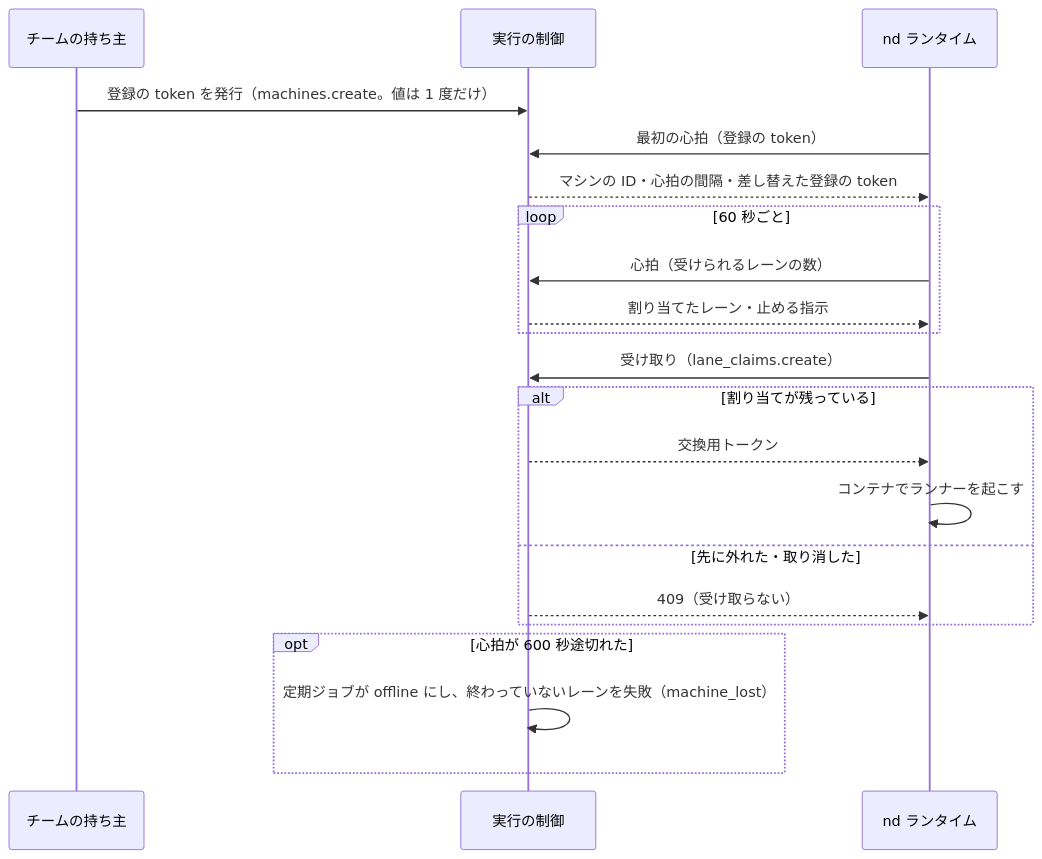
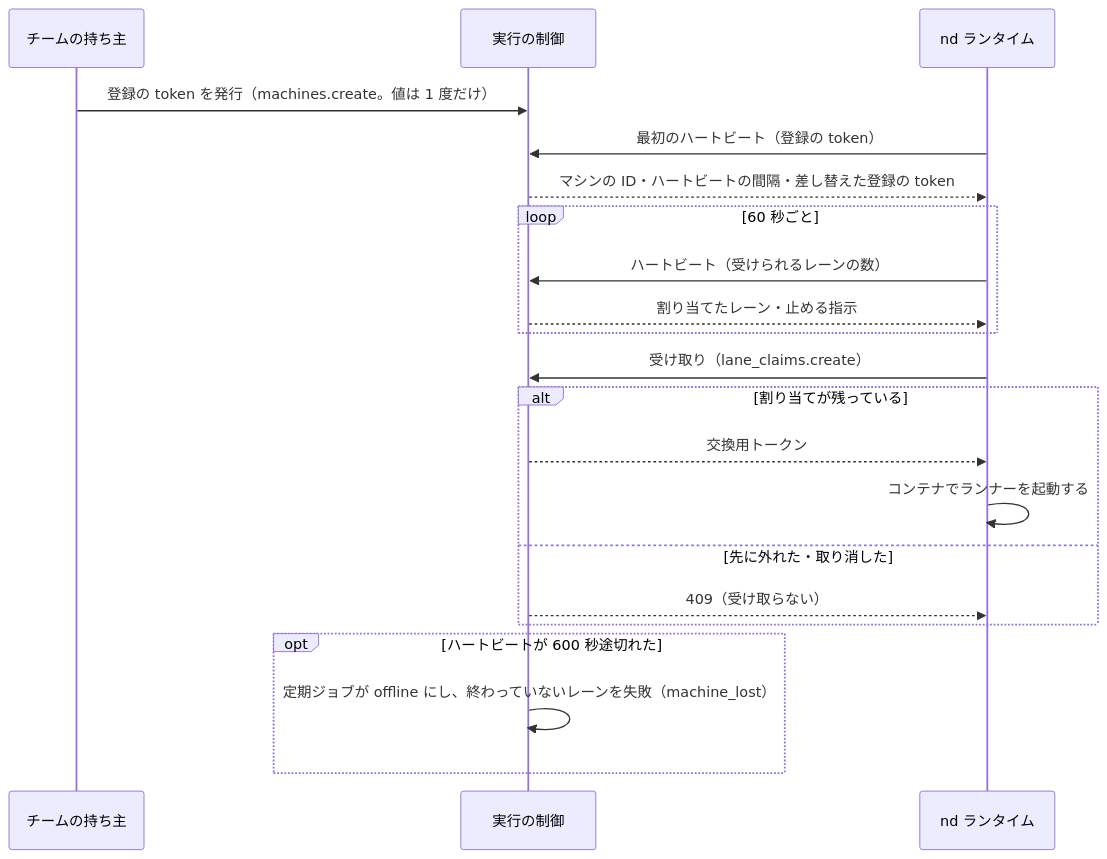
Before and after one commit to devbasex/nd-factory: the sixth of 10 diagrams in docs/design/execution.md, drawn with Mermaid. The commit also changed other lines of this file and 16 other files, not shown here.

First line of the commit message:
Docs: 設計書を通読し、エンジニアが使わない造語・直訳（道具・地図・頭書き・失敗のアイテムなど）を書き換える（利用者の指示）

````diff
--- a/docs/design/execution.md
+++ b/docs/design/execution.md
@@ -260,23 +260,23 @@
 ```mermaid
 sequenceDiagram
     participant O as チームの持ち主
     participant API as 実行の制御
     participant M as nd ランタイム
     O->>API: 登録の token を発行（machines.create。値は 1 度だけ）
-    M->>API: 最初の心拍（登録の token）
-    API-->>M: マシンの ID・心拍の間隔・差し替えた登録の token
+    M->>API: 最初のハートビート（登録の token）
+    API-->>M: マシンの ID・ハートビートの間隔・差し替えた登録の token
     loop 60 秒ごと
-        M->>API: 心拍（受けられるレーンの数）
+        M->>API: ハートビート（受けられるレーンの数）
         API-->>M: 割り当てたレーン・止める指示
     end
     M->>API: 受け取り（lane_claims.create）
     alt 割り当てが残っている
         API-->>M: 交換用トークン
-        M->>M: コンテナでランナーを起こす
+        M->>M: コンテナでランナーを起動する
     else 先に外れた・取り消した
         API-->>M: 409（受け取らない）
     end
-    opt 心拍が 600 秒途切れた
+    opt ハートビートが 600 秒途切れた
         API->>API: 定期ジョブが offline にし、終わっていないレーンを失敗（machine_lost）
     end
 ```
````
